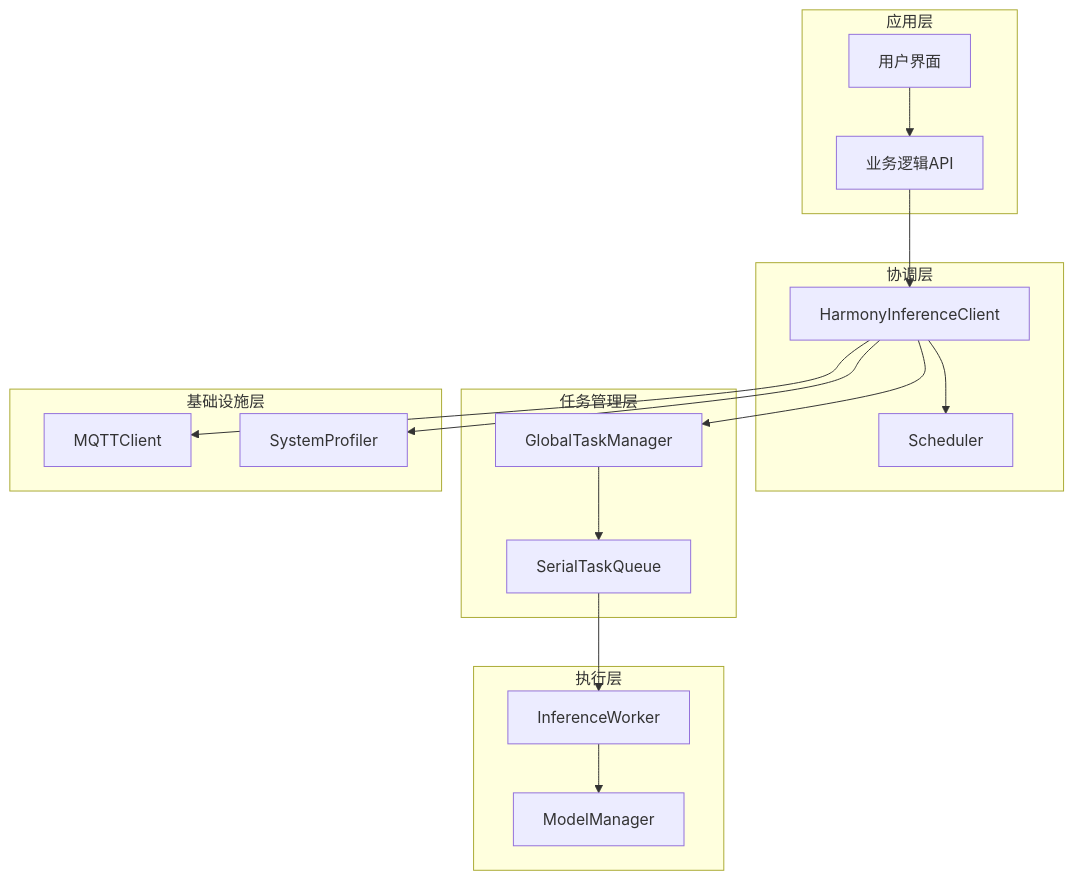
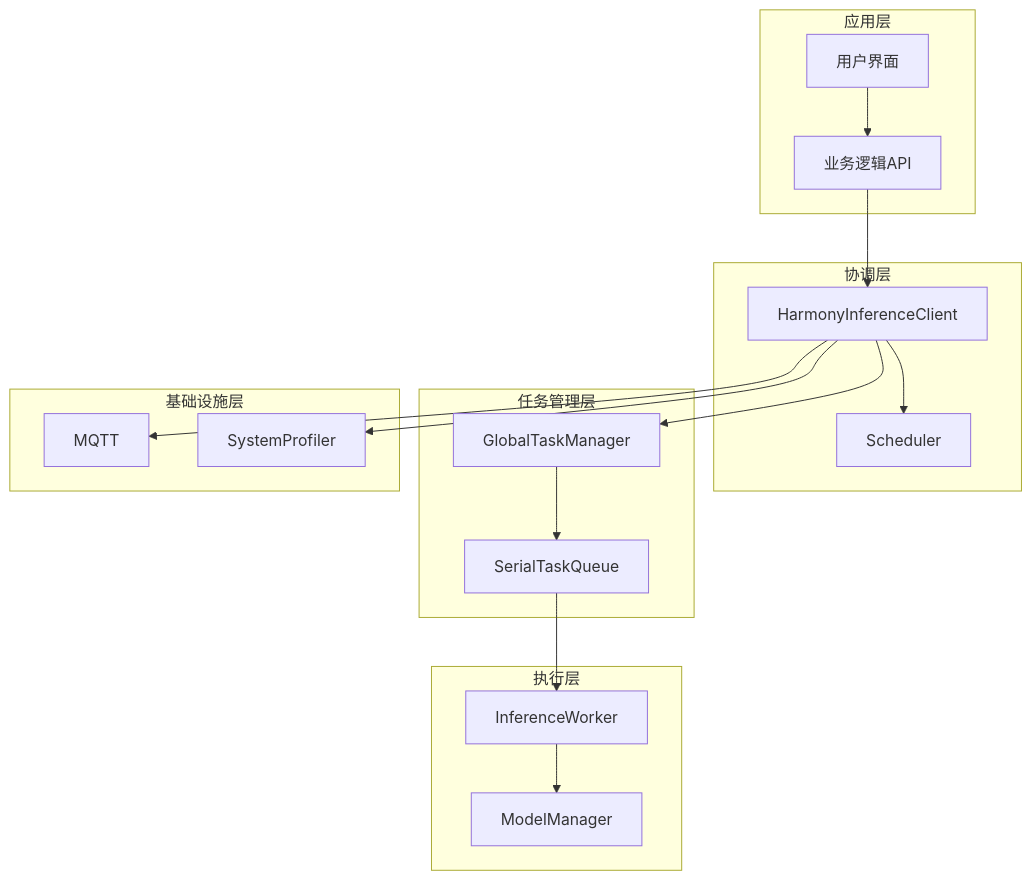
One commit to huo65/OH-Co3 changed the fourth of 10 diagrams in .qoder/repowiki/zh/content/任务队列管理/全局任务管理器.md. Above: the diagram before and after it, drawn with Mermaid. The commit also changed 11 other files, not shown here.

````diff
--- a/.qoder/repowiki/zh/content/任务队列管理/全局任务管理器.md
+++ b/.qoder/repowiki/zh/content/任务队列管理/全局任务管理器.md
@@ -142,32 +142,32 @@
 ```mermaid
 graph TB
 subgraph "应用层"
 UI[用户界面]
 API[业务逻辑API]
 end
 subgraph "协调层"
 HIC[HarmonyInferenceClient]
 SCH[Scheduler]
 end
 subgraph "任务管理层"
 GTM[GlobalTaskManager]
 STQ[SerialTaskQueue]
 end
 subgraph "执行层"
 IW[InferenceWorker]
 MM[ModelManager]
 end
 subgraph "基础设施层"
-MQTT[MQTTClient]
+MQTT[MQTT]
 SYS[SystemProfiler]
 end
 UI --> API
 API --> HIC
 HIC --> SCH
 HIC --> GTM
 GTM --> STQ
 STQ --> IW
 IW --> MM
 HIC --> MQTT
 HIC --> SYS
 ```
````
